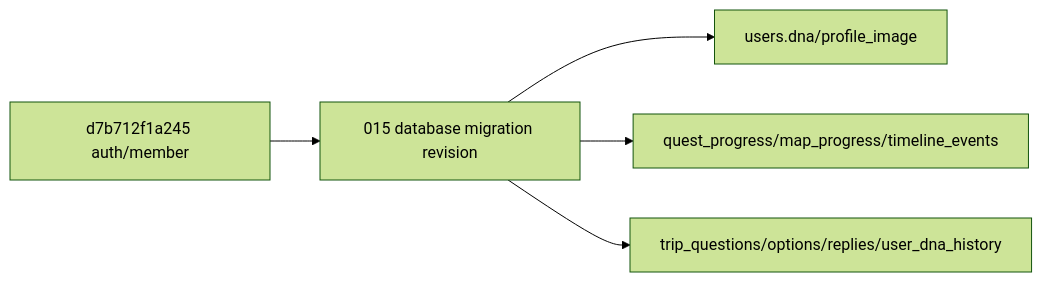
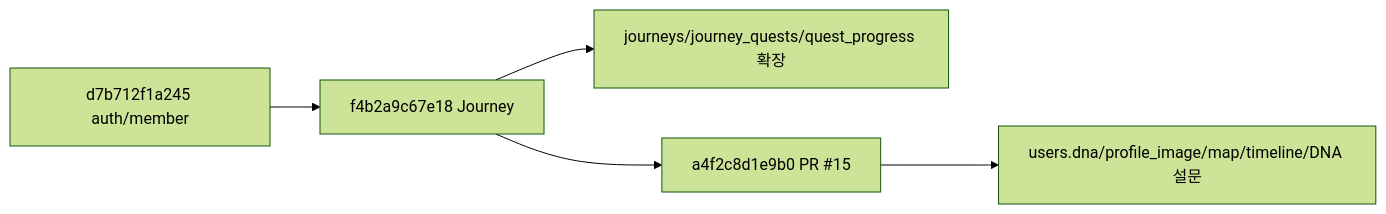
Before and after one commit to Rainbow-Developer/ColorTrip: the diagram in docs/specs/015-database-migration/description.md, drawn with Mermaid (forest theme). The commit also changed other lines of this file and 5 other files, not shown here.

Commit message:
docs(database): Journey 스키마 정합화

````diff
--- a/docs/specs/015-database-migration/description.md
+++ b/docs/specs/015-database-migration/description.md
@@ -13,7 +13,7 @@
 ```mermaid
 flowchart LR
-    A["d7b712f1a245 auth/member"] --> B["015 database migration revision"]
-    B --> C["users.dna/profile_image"]
-    B --> D["quest_progress/map_progress/timeline_events"]
-    B --> E["trip_questions/options/replies/user_dna_history"]
+    A["d7b712f1a245 auth/member"] --> B["f4b2a9c67e18 Journey"]
+    B --> C["journeys/journey_quests/quest_progress 확장"]
+    B --> D["a4f2c8d1e9b0 PR #15"]
+    D --> E["users.dna/profile_image/map/timeline/DNA 설문"]
 ```
````
